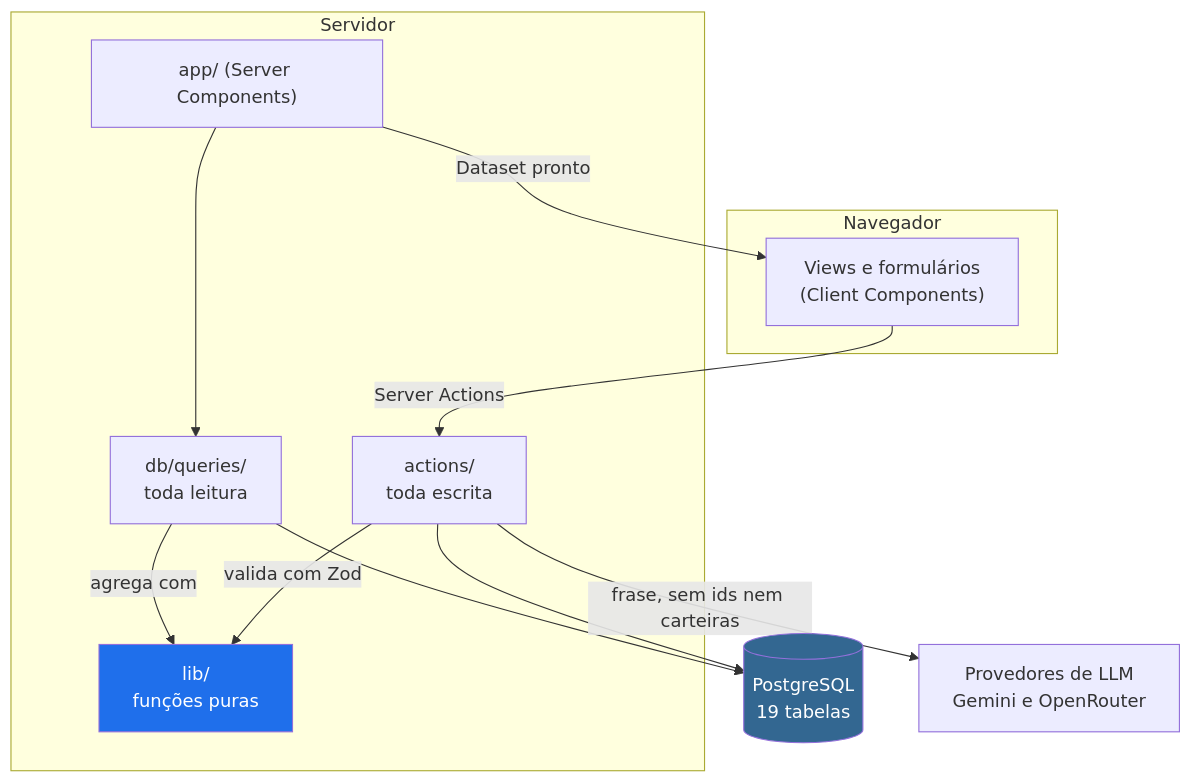
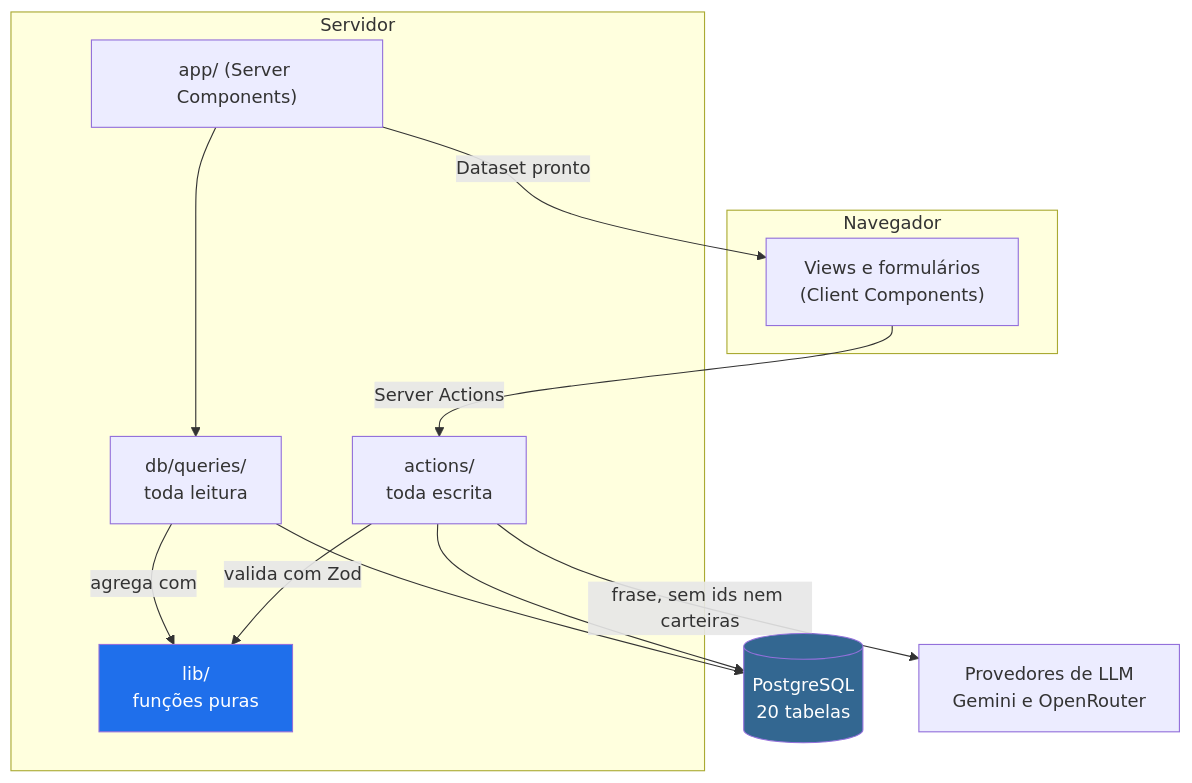
Before and after one commit to arturnery/airdrop-tracker: the second of 3 diagrams in README.md, drawn with Mermaid. The commit also changed other lines of this file and 23 other files, not shown here.

````diff
--- a/README.md
+++ b/README.md
@@ -182,28 +185,28 @@
 ```mermaid
 flowchart TB
     subgraph cliente["Navegador"]
         V["Views e formulários<br/>(Client Components)"]
     end
 
     subgraph servidor["Servidor"]
         P["app/ (Server Components)"]
         A["actions/<br/>toda escrita"]
         Q["db/queries/<br/>toda leitura"]
         L["lib/<br/>funções puras"]
     end
 
-    DB[("PostgreSQL<br/>19 tabelas")]
+    DB[("PostgreSQL<br/>20 tabelas")]
     IA["Provedores de LLM<br/>Gemini e OpenRouter"]
 
     P -->|Dataset pronto| V
     V -->|Server Actions| A
     P --> Q
     A -->|valida com Zod| L
     Q -->|agrega com| L
     A --> DB
     Q --> DB
     A -->|frase, sem ids nem carteiras| IA
 
     style L fill:#1f6feb,color:#fff
     style DB fill:#336791,color:#fff
 ```
````
